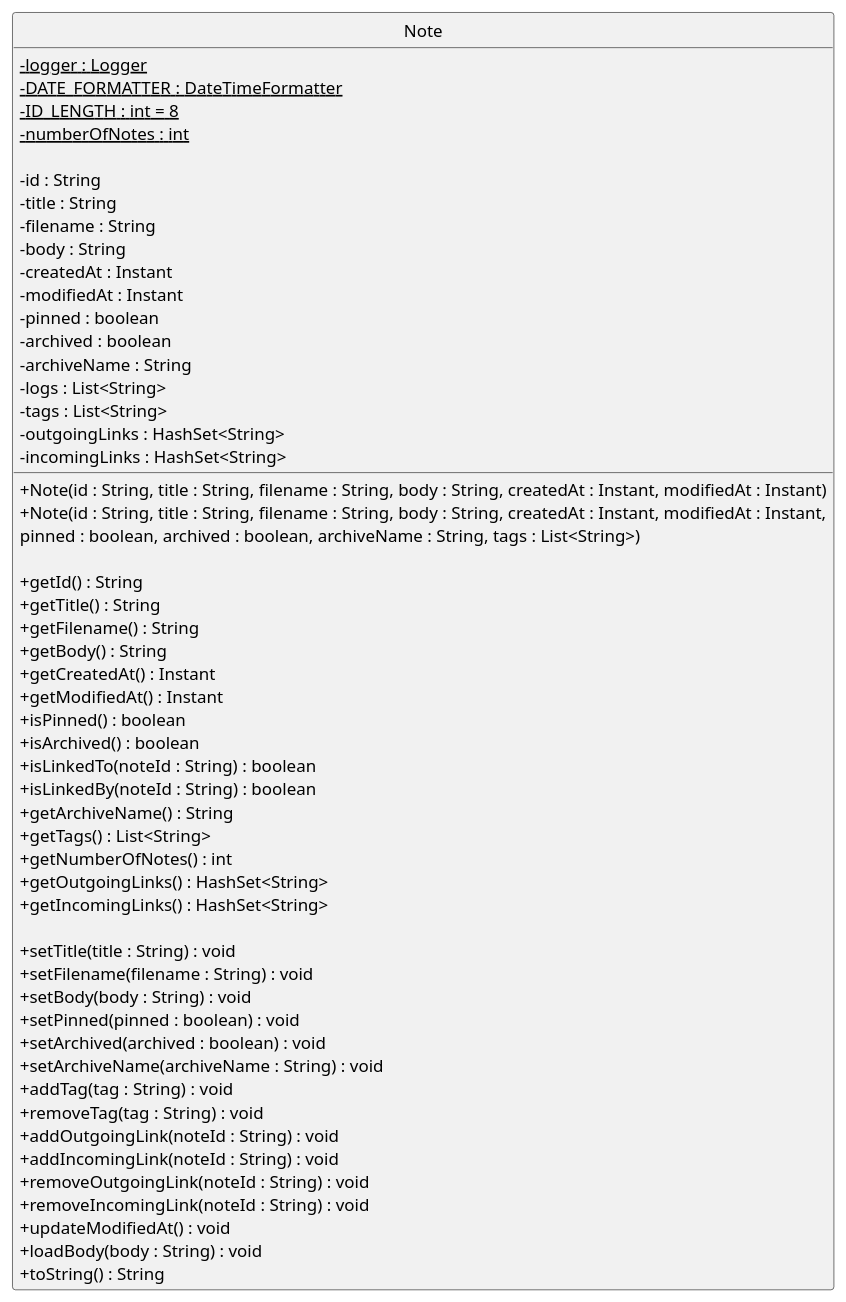
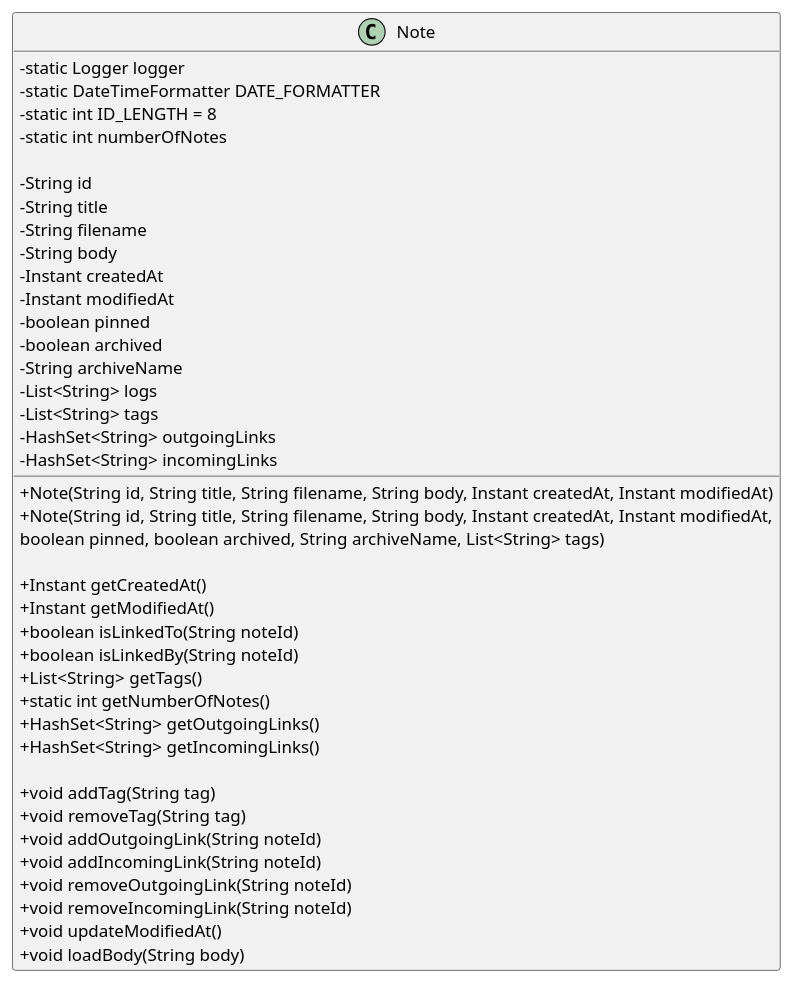
Before and after one commit to shauntsr/tp: the diagram in docs/diagrams/NoteClass.puml, drawn with PlantUML. The commit also changed 1 other file, not shown here.

Commit message:
Reduce number of methods in NoteClass.puml

```diff
--- a/docs/diagrams/NoteClass.puml
+++ b/docs/diagrams/NoteClass.puml
@@ -1,60 +1,46 @@
 @startuml NoteClass
 skinparam classAttributeIconSize 0
-hide circle
+
 class Note {
-    - {static}logger : Logger
-    - {static}DATE_FORMATTER : DateTimeFormatter
-    - {static}ID_LENGTH : int = 8
-    - {static}numberOfNotes : int
+    - static Logger logger
+    - static DateTimeFormatter DATE_FORMATTER
+    - static int ID_LENGTH = 8
+    - static int numberOfNotes
 
-    - id : String
-    - title : String
-    - filename : String
-    - body : String
-    - createdAt : Instant
-    - modifiedAt : Instant
-    - pinned : boolean
-    - archived : boolean
-    - archiveName : String
-    - logs : List<String>
-    - tags : List<String>
-    - outgoingLinks : HashSet<String>
-    - incomingLinks : HashSet<String>
+    - String id
+    - String title
+    - String filename
+    - String body
+    - Instant createdAt
+    - Instant modifiedAt
+    - boolean pinned
+    - boolean archived
+    - String archiveName
+    - List<String> logs
+    - List<String> tags
+    - HashSet<String> outgoingLinks
+    - HashSet<String> incomingLinks
 
-    + Note(id : String, title : String, filename : String, body : String, createdAt : Instant, modifiedAt : Instant)
-    + Note(id : String, title : String, filename : String, body : String, createdAt : Instant, modifiedAt : Instant,
-           pinned : boolean, archived : boolean, archiveName : String, tags : List<String>)
+    + Note(String id, String title, String filename, String body, Instant createdAt, Instant modifiedAt)
+    + Note(String id, String title, String filename, String body, Instant createdAt, Instant modifiedAt,
+           boolean pinned, boolean archived, String archiveName, List<String> tags)
 
-    + getId() : String
-    + getTitle() : String
-    + getFilename() : String
-    + getBody() : String
-    + getCreatedAt() : Instant
-    + getModifiedAt() : Instant
-    + isPinned() : boolean
-    + isArchived() : boolean
-    + isLinkedTo(noteId : String) : boolean
-    + isLinkedBy(noteId : String) : boolean
-    + getArchiveName() : String
-    + getTags() : List<String>
-    + getNumberOfNotes() : int
-    + getOutgoingLinks() : HashSet<String>
-    + getIncomingLinks() : HashSet<String>
+    + Instant getCreatedAt()
+    + Instant getModifiedAt()
+    + boolean isLinkedTo(String noteId)
+    + boolean isLinkedBy(String noteId)
+    + List<String> getTags()
+    + static int getNumberOfNotes()
+    + HashSet<String> getOutgoingLinks()
+    + HashSet<String> getIncomingLinks()
 
-    + setTitle(title : String) : void
-    + setFilename(filename : String) : void
-    + setBody(body : String) : void
-    + setPinned(pinned : boolean) : void
-    + setArchived(archived : boolean) : void
-    + setArchiveName(archiveName : String) : void
-    + addTag(tag : String) : void
-    + removeTag(tag : String) : void
-    + addOutgoingLink(noteId : String) : void
-    + addIncomingLink(noteId : String) : void
-    + removeOutgoingLink(noteId : String) : void
-    + removeIncomingLink(noteId : String) : void
-    + updateModifiedAt() : void
-    + loadBody(body : String) : void
-    + toString() : String
+    + void addTag(String tag)
+    + void removeTag(String tag)
+    + void addOutgoingLink(String noteId)
+    + void addIncomingLink(String noteId)
+    + void removeOutgoingLink(String noteId)
+    + void removeIncomingLink(String noteId)
+    + void updateModifiedAt()
+    + void loadBody(String body)
 }
 @enduml
```
